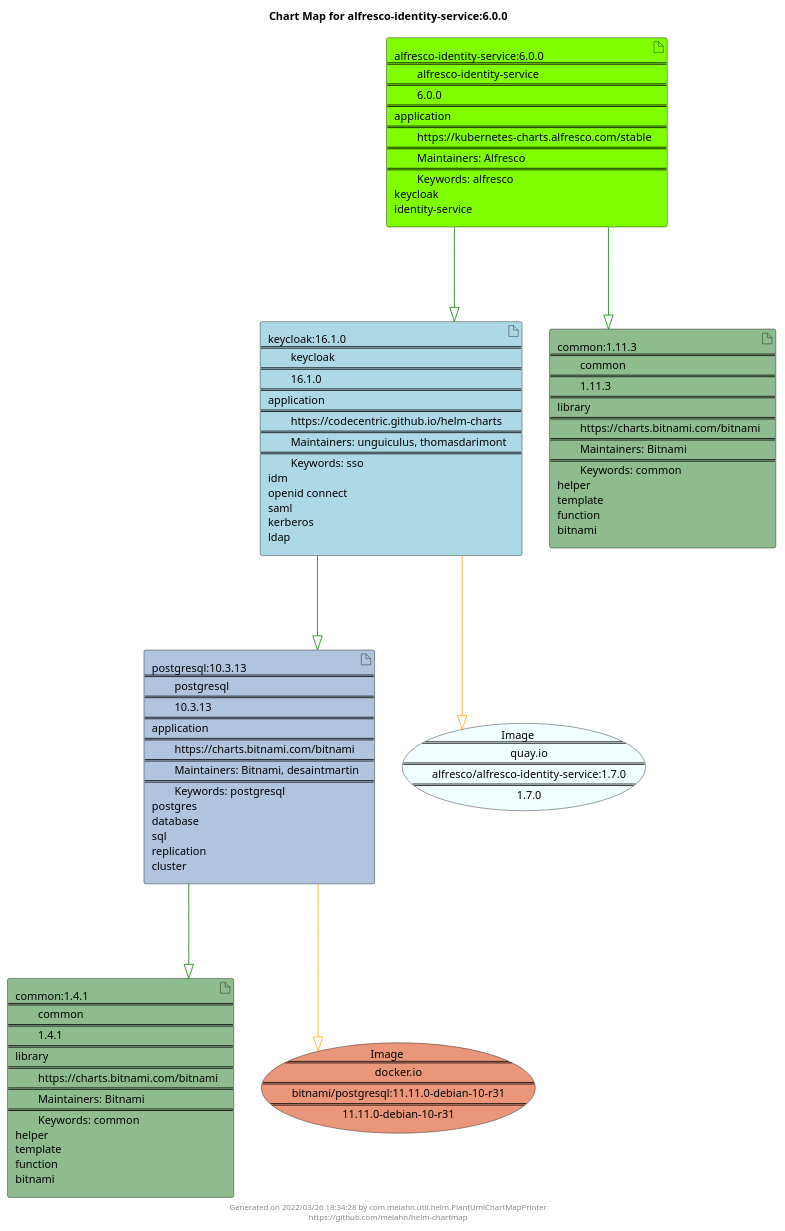
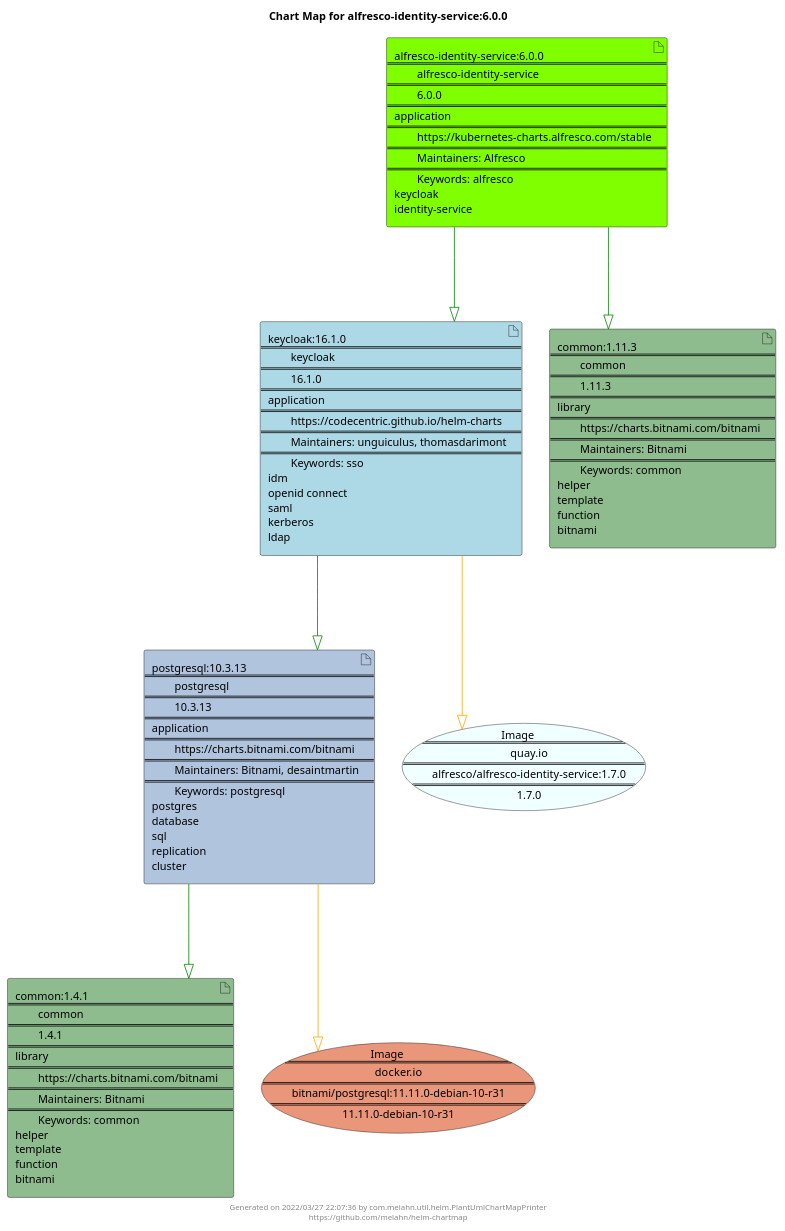
Before and after one commit to melahn/helm-chartmap: the diagram in docs/alfresco-identity-service/alfresco-identity-service-6.0.0.puml, drawn with PlantUML. The commit also changed 55 other files, not shown here.

Commit message:
Update Example Chart Maps as part of GitHub build

```diff
--- a/docs/alfresco-identity-service/alfresco-identity-service-6.0.0.puml
+++ b/docs/alfresco-identity-service/alfresco-identity-service-6.0.0.puml
@@ -1,31 +1,31 @@
 @startuml
 skinparam linetype ortho
 skinparam backgroundColor white
 skinparam usecaseBorderColor black
 skinparam usecaseArrowColor LightSlateGray
 skinparam artifactBorderColor black
 skinparam artifactArrowColor LightSlateGray
 
 title Chart Map for alfresco-identity-service:6.0.0
 
 'There are 5 referenced Helm Charts
 artifact "common:1.4.1\n====\n\tcommon\n====\n\t1.4.1\n====\nlibrary\n====\n\thttps://charts.bitnami.com/bitnami\n====\n\tMaintainers: Bitnami\n====\n\tKeywords: common\nhelper\ntemplate\nfunction\nbitnami" as common_1_4_1 #DarkSeaGreen
 artifact "keycloak:16.1.0\n====\n\tkeycloak\n====\n\t16.1.0\n====\napplication\n====\n\thttps://codecentric.github.io/helm-charts\n====\n\tMaintainers: unguiculus, thomasdarimont\n====\n\tKeywords: sso\nidm\nopenid connect\nsaml\nkerberos\nldap" as keycloak_16_1_0 #LightBlue
 artifact "postgresql:10.3.13\n====\n\tpostgresql\n====\n\t10.3.13\n====\napplication\n====\n\thttps://charts.bitnami.com/bitnami\n====\n\tMaintainers: Bitnami, desaintmartin\n====\n\tKeywords: postgresql\npostgres\ndatabase\nsql\nreplication\ncluster" as postgresql_10_3_13 #LightSteelBlue
 artifact "alfresco-identity-service:6.0.0\n====\n\talfresco-identity-service\n====\n\t6.0.0\n====\napplication\n====\n\thttps://kubernetes-charts.alfresco.com/stable\n====\n\tMaintainers: Alfresco\n====\n\tKeywords: alfresco\nkeycloak\nidentity-service" as alfresco_identity_service_6_0_0 #Chartreuse
 artifact "common:1.11.3\n====\n\tcommon\n====\n\t1.11.3\n====\nlibrary\n====\n\thttps://charts.bitnami.com/bitnami\n====\n\tMaintainers: Bitnami\n====\n\tKeywords: common\nhelper\ntemplate\nfunction\nbitnami" as common_1_11_3 #DarkSeaGreen
 
 'There are 2 referenced Docker Images
 usecase "Image\n====\n\tquay.io\n====\n\talfresco/alfresco-identity-service:1.7.0\n====\n\t1.7.0" as quay_io_alfresco_alfresco_identity_service_1_7_0 #Azure
 usecase "Image\n====\n\tdocker.io\n====\n\tbitnami/postgresql:11.11.0-debian-10-r31\n====\n\t11.11.0-debian-10-r31" as docker_io_bitnami_postgresql_11_11_0_debian_10_r31 #DarkSalmon
 
 'Chart Dependencies
 alfresco_identity_service_6_0_0--[#green]-|>keycloak_16_1_0
 keycloak_16_1_0--[#green]-|>postgresql_10_3_13
 postgresql_10_3_13--[#green]-|>common_1_4_1
 alfresco_identity_service_6_0_0--[#green]-|>common_1_11_3
 keycloak_16_1_0--[#orange]-|>quay_io_alfresco_alfresco_identity_service_1_7_0
 postgresql_10_3_13--[#orange]-|>docker_io_bitnami_postgresql_11_11_0_debian_10_r31
 
-center footer Generated on 2022/03/26 18:34:28 by com.melahn.util.helm.PlantUmlChartMapPrinter\nhttps://github.com/melahn/helm-chartmap
+center footer Generated on 2022/03/27 22:07:36 by com.melahn.util.helm.PlantUmlChartMapPrinter\nhttps://github.com/melahn/helm-chartmap
 @enduml
```
